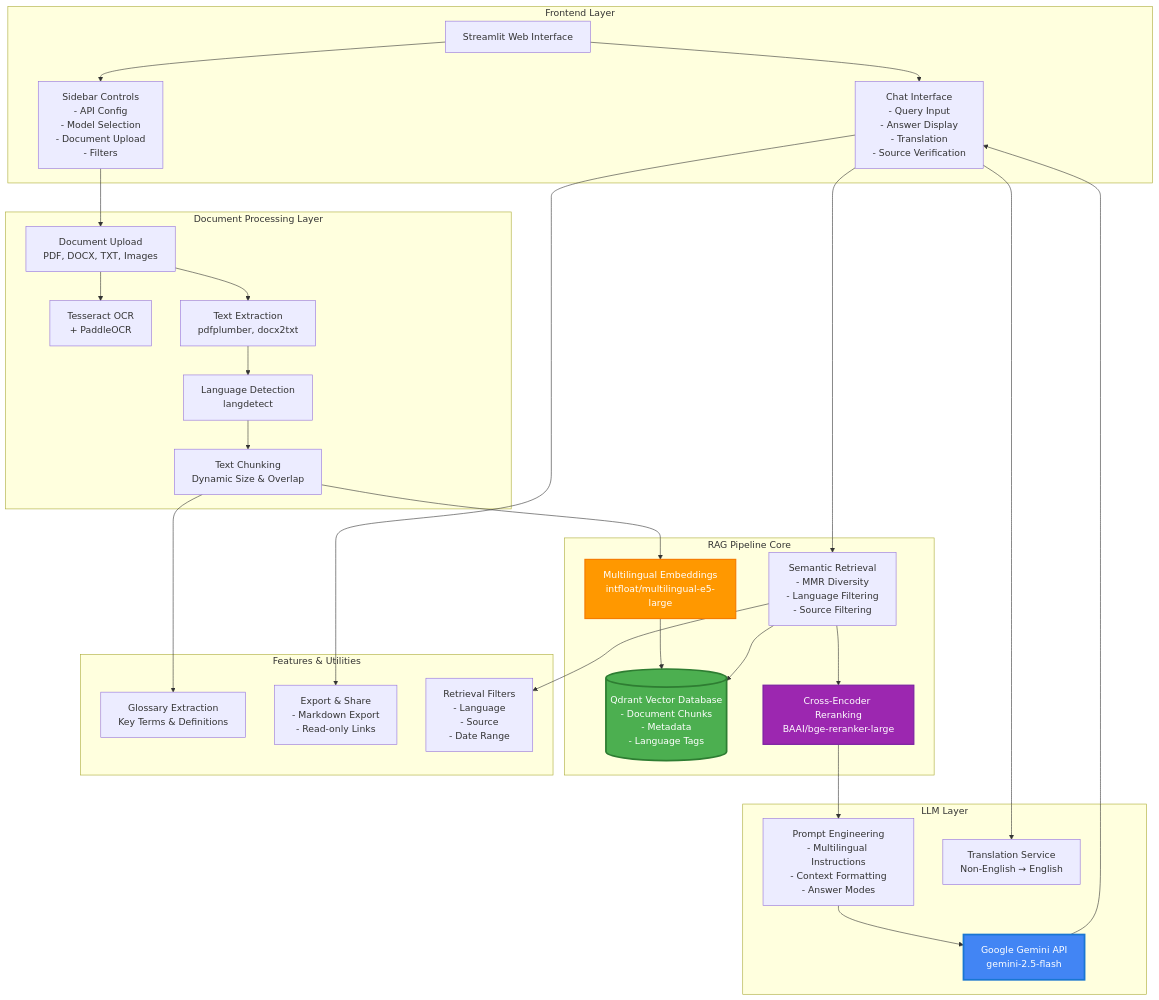
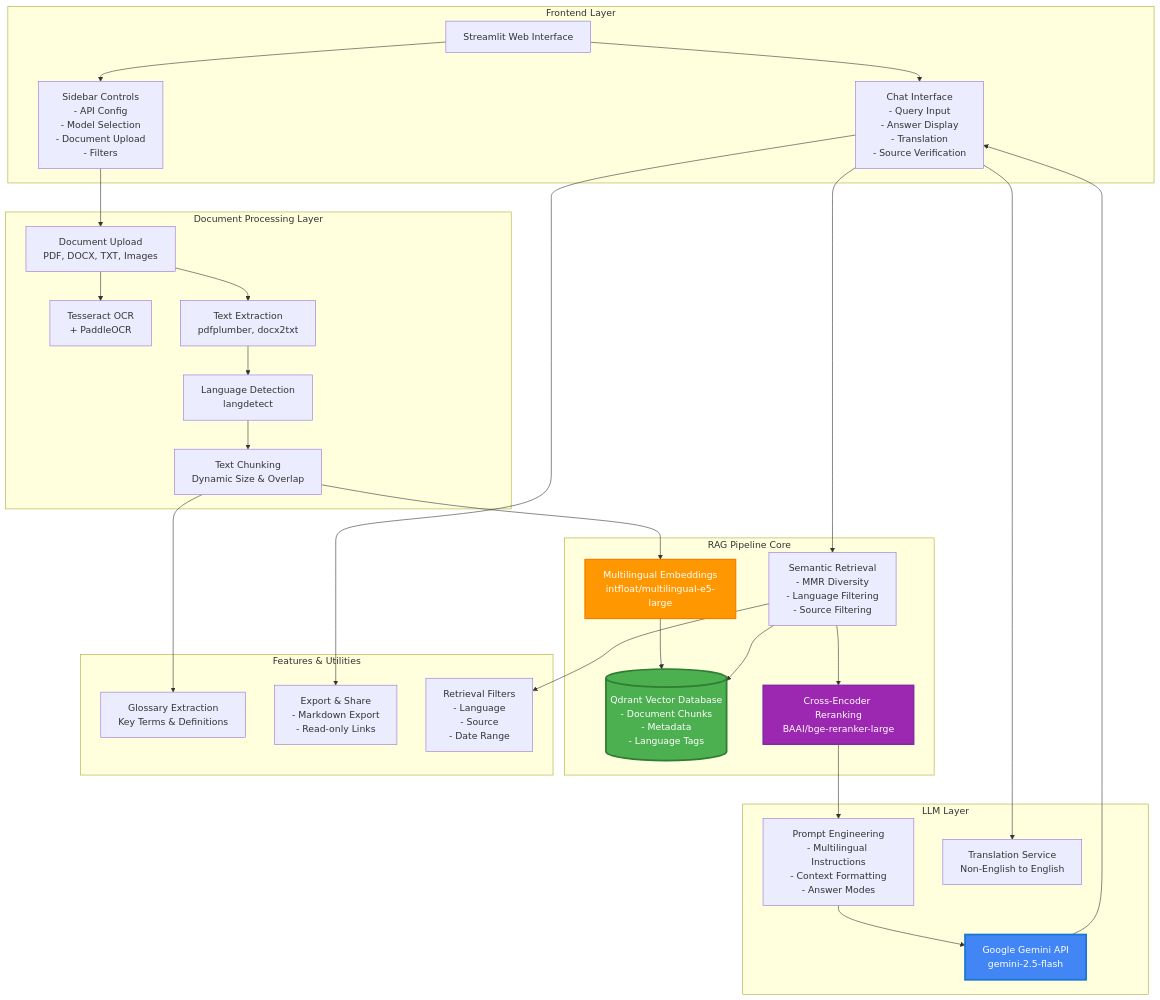
The first of 6 diagrams in ARCHITECTURE.md (siv3sh/Client_Nisha_Ma-am), drawn with Mermaid before and after one commit.

Commit message:
Fix Mermaid syntax errors in diagrams - replace arrow characters

````diff
--- a/ARCHITECTURE.md
+++ b/ARCHITECTURE.md
@@ -5,62 +5,62 @@
 ```mermaid
 graph TB
     subgraph "Frontend Layer"
         UI[Streamlit Web Interface]
         Sidebar[Sidebar Controls<br/>- API Config<br/>- Model Selection<br/>- Document Upload<br/>- Filters]
         Chat[Chat Interface<br/>- Query Input<br/>- Answer Display<br/>- Translation<br/>- Source Verification]
     end
 
     subgraph "Document Processing Layer"
         Upload[Document Upload<br/>PDF, DOCX, TXT, Images]
         OCR[Tesseract OCR<br/>+ PaddleOCR]
         Extract[Text Extraction<br/>pdfplumber, docx2txt]
         LangDetect[Language Detection<br/>langdetect]
         Chunking[Text Chunking<br/>Dynamic Size & Overlap]
     end
 
     subgraph "RAG Pipeline Core"
         Embedding[Multilingual Embeddings<br/>intfloat/multilingual-e5-large]
         VectorDB[(Qdrant Vector Database<br/>- Document Chunks<br/>- Metadata<br/>- Language Tags)]
         Retrieval[Semantic Retrieval<br/>- MMR Diversity<br/>- Language Filtering<br/>- Source Filtering]
         Reranker[Cross-Encoder Reranking<br/>BAAI/bge-reranker-large]
     end
 
     subgraph "LLM Layer"
         Gemini[Google Gemini API<br/>gemini-2.5-flash]
         Prompt[Prompt Engineering<br/>- Multilingual Instructions<br/>- Context Formatting<br/>- Answer Modes]
-        Translation[Translation Service<br/>Non-English → English]
+        Translation[Translation Service<br/>Non-English to English]
     end
 
     subgraph "Features & Utilities"
         Glossary[Glossary Extraction<br/>Key Terms & Definitions]
         Export[Export & Share<br/>- Markdown Export<br/>- Read-only Links]
         Filters[Retrieval Filters<br/>- Language<br/>- Source<br/>- Date Range]
     end
 
     UI --> Sidebar
     UI --> Chat
     Sidebar --> Upload
     Upload --> OCR
     Upload --> Extract
     Extract --> LangDetect
     LangDetect --> Chunking
     Chunking --> Embedding
     Embedding --> VectorDB
     
     Chat --> Retrieval
     Retrieval --> VectorDB
     Retrieval --> Reranker
     Reranker --> Prompt
     Prompt --> Gemini
     Gemini --> Chat
     
     Chat --> Translation
     Chat --> Export
     Chunking --> Glossary
     Retrieval --> Filters
     
     style VectorDB fill:#4CAF50,stroke:#2E7D32,stroke-width:3px,color:#fff
     style Gemini fill:#4285F4,stroke:#1976D2,stroke-width:3px,color:#fff
     style Embedding fill:#FF9800,stroke:#F57C00,stroke-width:2px,color:#fff
     style Reranker fill:#9C27B0,stroke:#7B1FA2,stroke-width:2px,color:#fff
 ```
````
